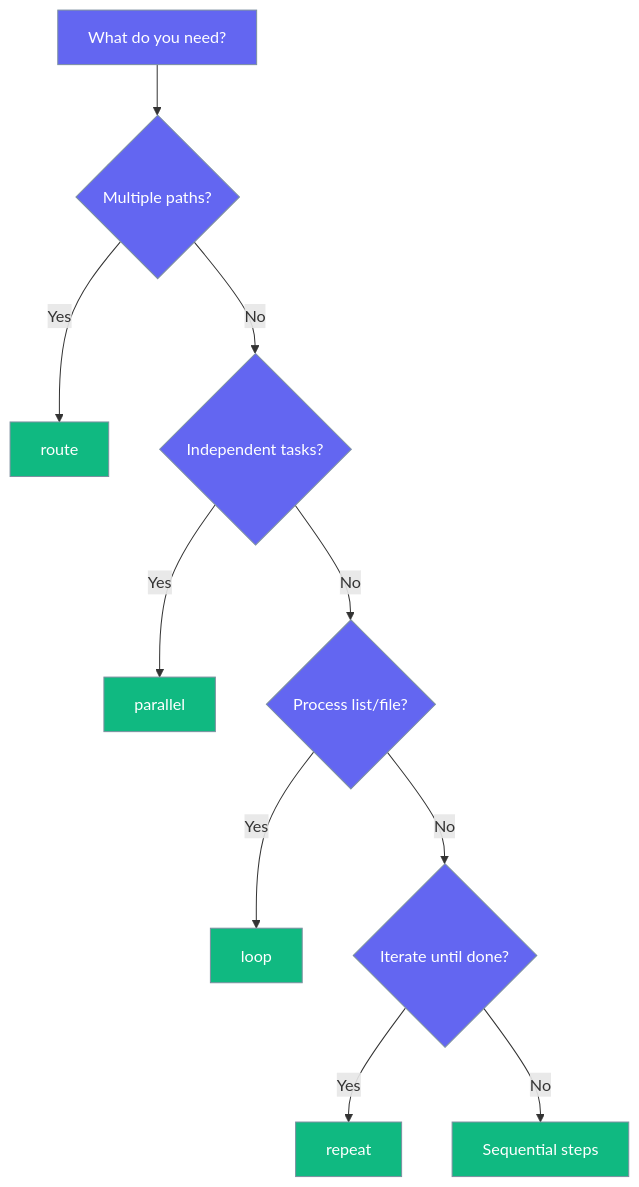
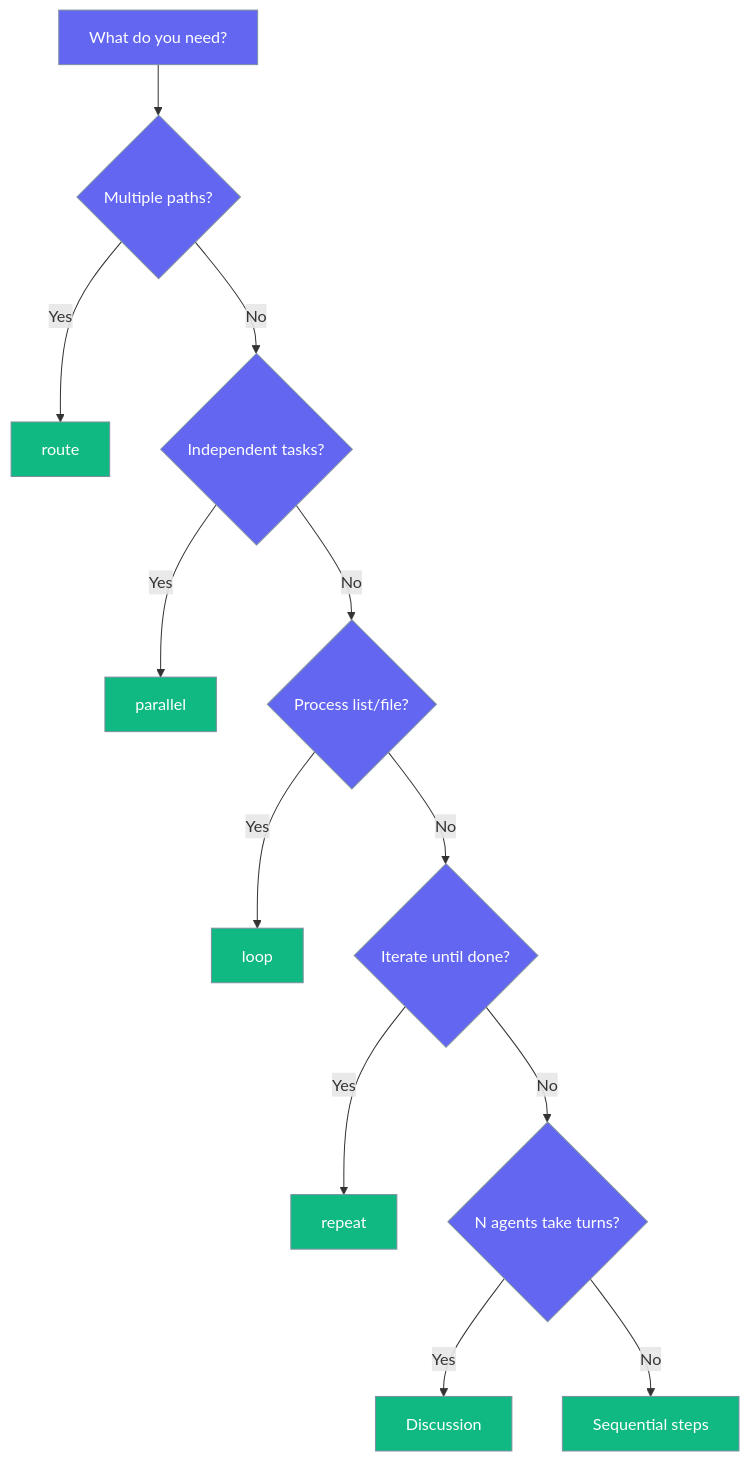
One commit to MervinPraison/PraisonAIDocs changed the third of 3 diagrams in docs/features/workflow-patterns.mdx. Above: the diagram before and after it, drawn with Mermaid. The commit also changed other lines of this file and 10 other files, not shown here.

````diff
--- a/docs/features/workflow-patterns.mdx
+++ b/docs/features/workflow-patterns.mdx
@@ -274,17 +293,19 @@
 ```mermaid
 graph TB
     A[What do you need?] --> B{Multiple paths?}
     B -->|Yes| C[route]
     B -->|No| D{Independent tasks?}
     D -->|Yes| E[parallel]
     D -->|No| F{Process list/file?}
     F -->|Yes| G[loop]
     F -->|No| H{Iterate until done?}
     H -->|Yes| I[repeat]
-    H -->|No| J[Sequential steps]
+    H -->|No| K{N agents take turns?}
+    K -->|Yes| L[Discussion]
+    K -->|No| J[Sequential steps]
 
     classDef decision fill:#6366F1,stroke:#7C90A0,color:#fff
     classDef option fill:#10B981,stroke:#7C90A0,color:#fff
-    class A,B,D,F,H decision
-    class C,E,G,I,J option
+    class A,B,D,F,H,K decision
+    class C,E,G,I,J,L option
 ```
````
